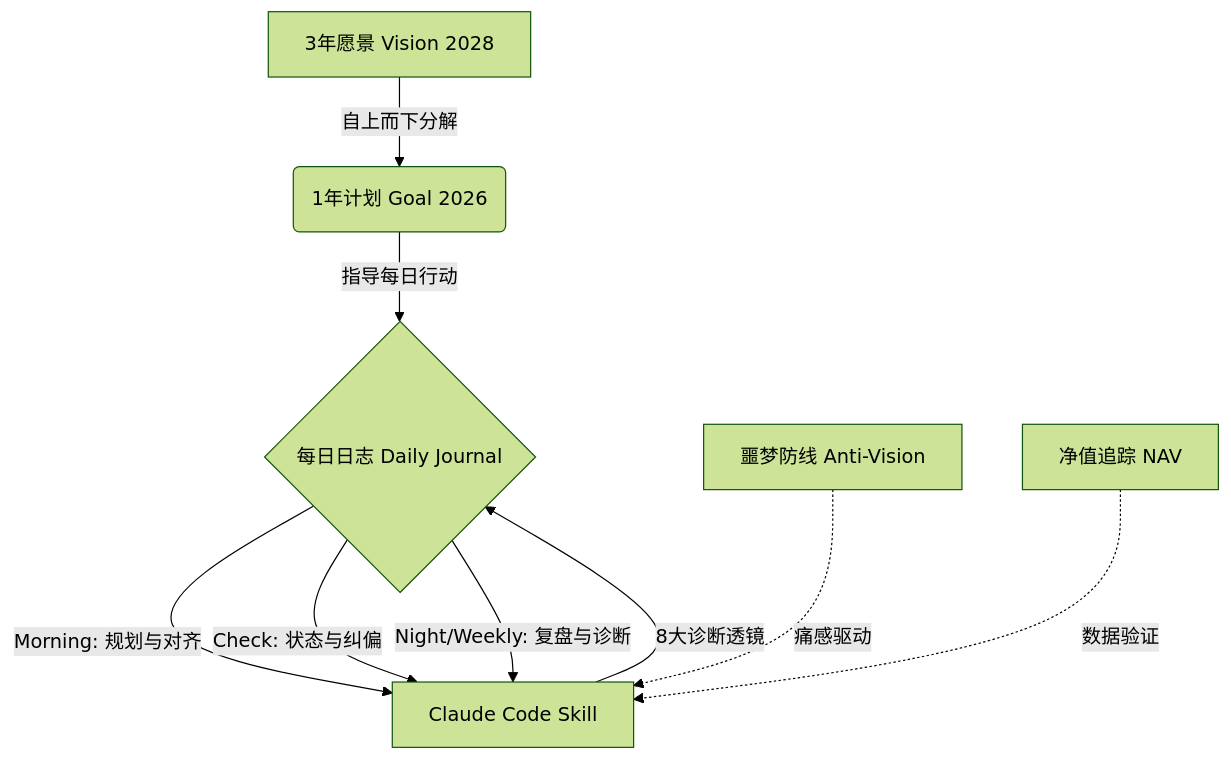
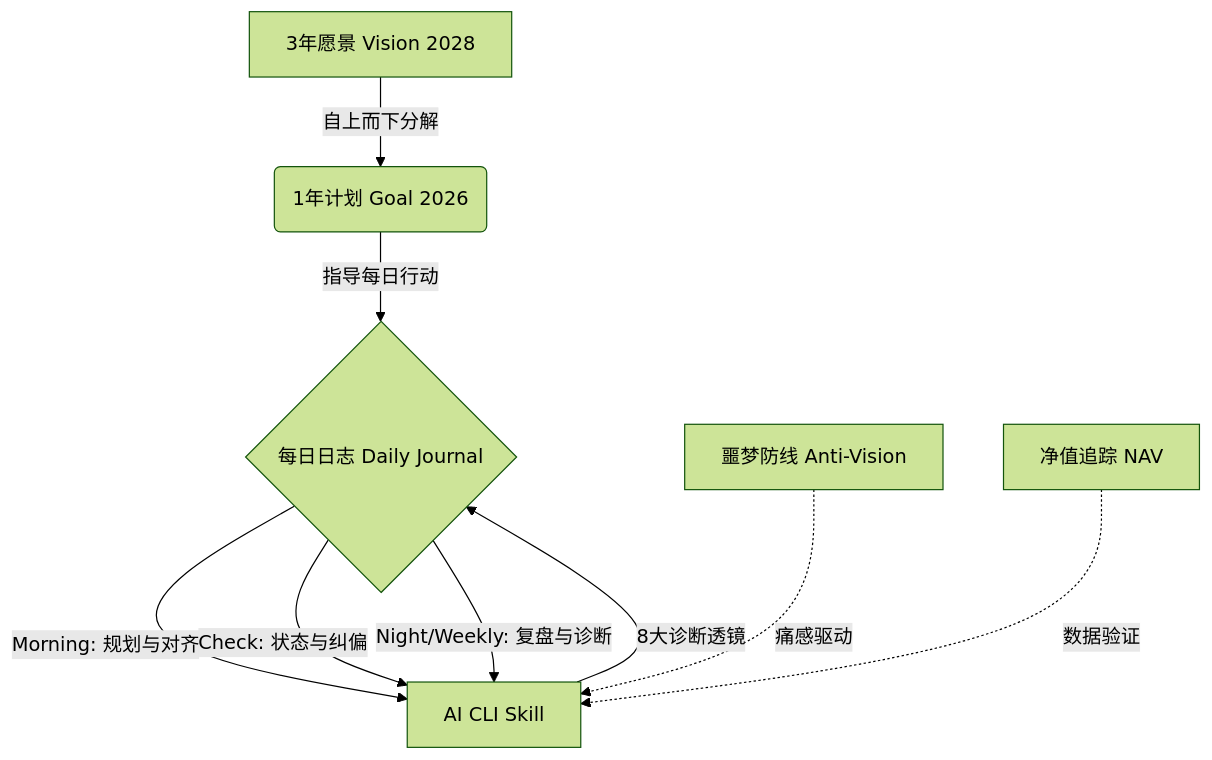
The diagram in README_zh.md (y2hhbw/life_coach), drawn with Mermaid (forest theme) before and after one commit. The commit also changed other lines of this file and 8 other files, not shown here.

````diff
--- a/README_zh.md
+++ b/README_zh.md
@@ -17,11 +17,11 @@
 ```mermaid
 graph TD
     A[3年愿景 Vision 2028] -->|自上而下分解| B(1年计划 Goal 2026)
     B -->|指导每日行动| C{每日日志 Daily Journal}
-    C -->|Morning: 规划与对齐| D[Claude Code Skill]
+    C -->|Morning: 规划与对齐| D[AI CLI Skill]
     C -->|Check: 状态与纠偏| D
     C -->|Night/Weekly: 复盘与诊断| D
     E[噩梦防线 Anti-Vision] -.->|痛感驱动| D
     F[净值追踪 NAV] -.->|数据验证| D
     D -->|8大诊断透镜| C
 ```
````
